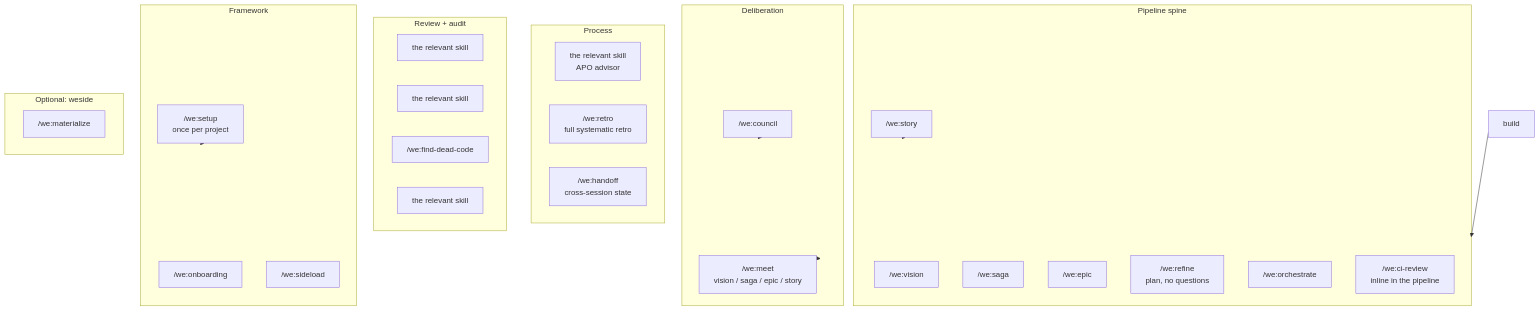
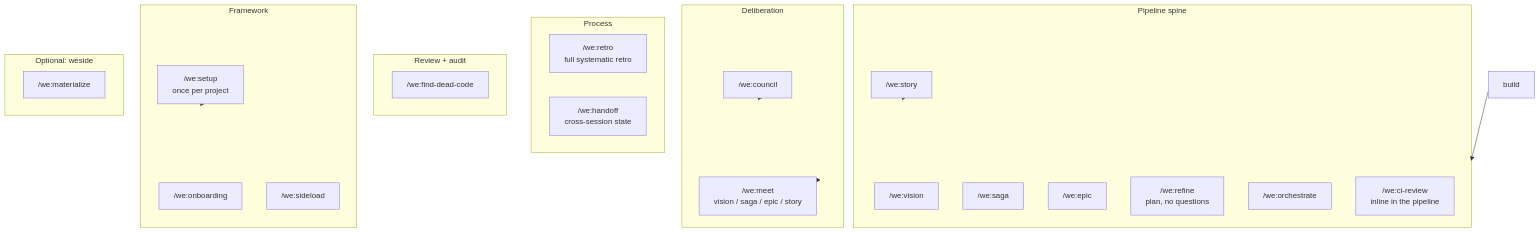
The fourth of 4 diagrams in docs/workflow.md (weside-ai/claude-code-plugin), drawn with Mermaid before and after one commit. The commit also changed other lines of this file and 15 other files, not shown here.

````diff
--- a/docs/workflow.md
+++ b/docs/workflow.md
@@ -200,41 +191,37 @@
 ```mermaid
 flowchart TB
     subgraph spine[Pipeline spine]
         vision["/we:vision"]
         saga["/we:saga"]
         epic["/we:epic"]
         story["/we:story"]
         refine["/we:refine<br/>plan, no questions"]
         orch["/we:orchestrate"]
         cireview["/we:ci-review<br/>inline in the pipeline"]
     end
     subgraph deliberation[Deliberation]
         council["/we:council"]
         meet["/we:meet<br/>vision / saga / epic / story"]
     end
     subgraph process[Process]
-        coach["the relevant skill<br/>APO advisor"]
         retro["/we:retro<br/>full systematic retro"]
         handoff["/we:handoff<br/>cross-session state"]
     end
     subgraph review[Review + audit]
-        docimprove["the relevant skill"]
-        audit["the relevant skill"]
         find["/we:find-dead-code"]
-        smoke["the relevant skill"]
     end
     subgraph framework[Framework]
         setup["/we:setup<br/>once per project"]
         onboard["/we:onboarding"]
         sideload["/we:sideload"]
     end
     subgraph weside[Optional: weside]
         materialize["/we:materialize"]
     end
 
     setup --> framework
     council --> deliberation
     meet --> deliberation
     story --> spine
     build --> spine
 ```
````
